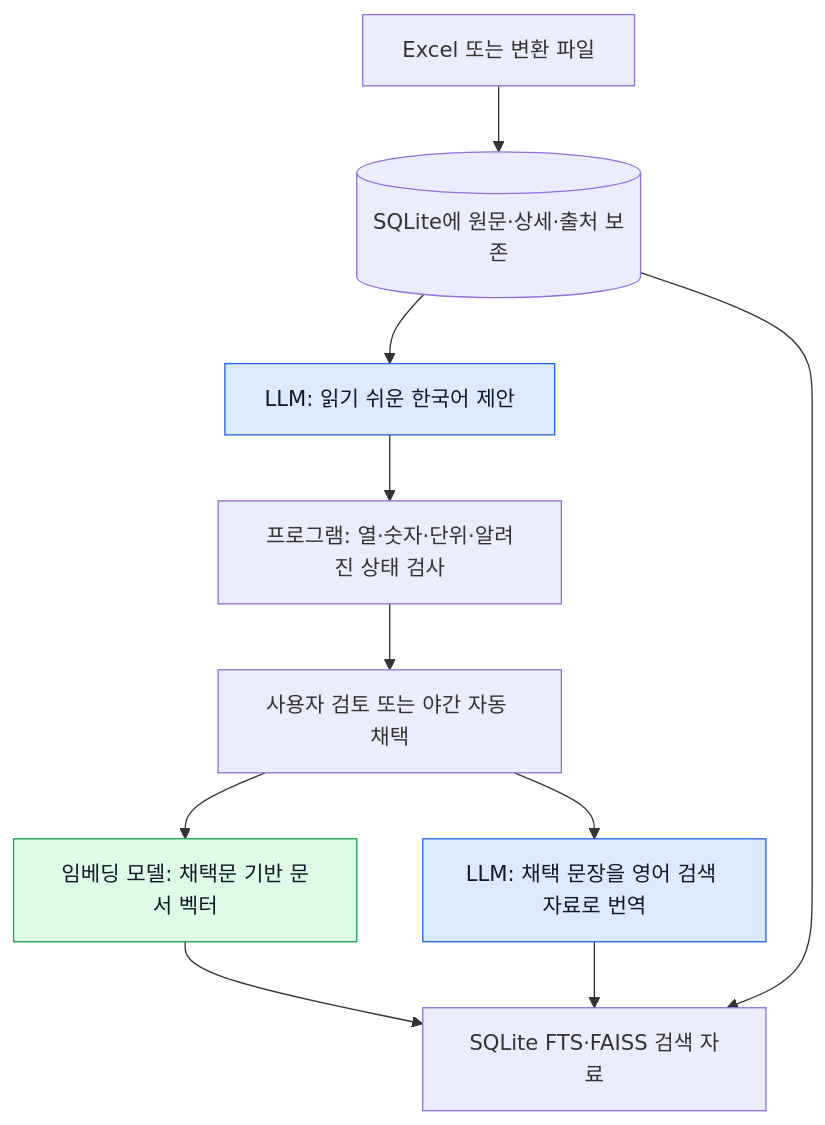
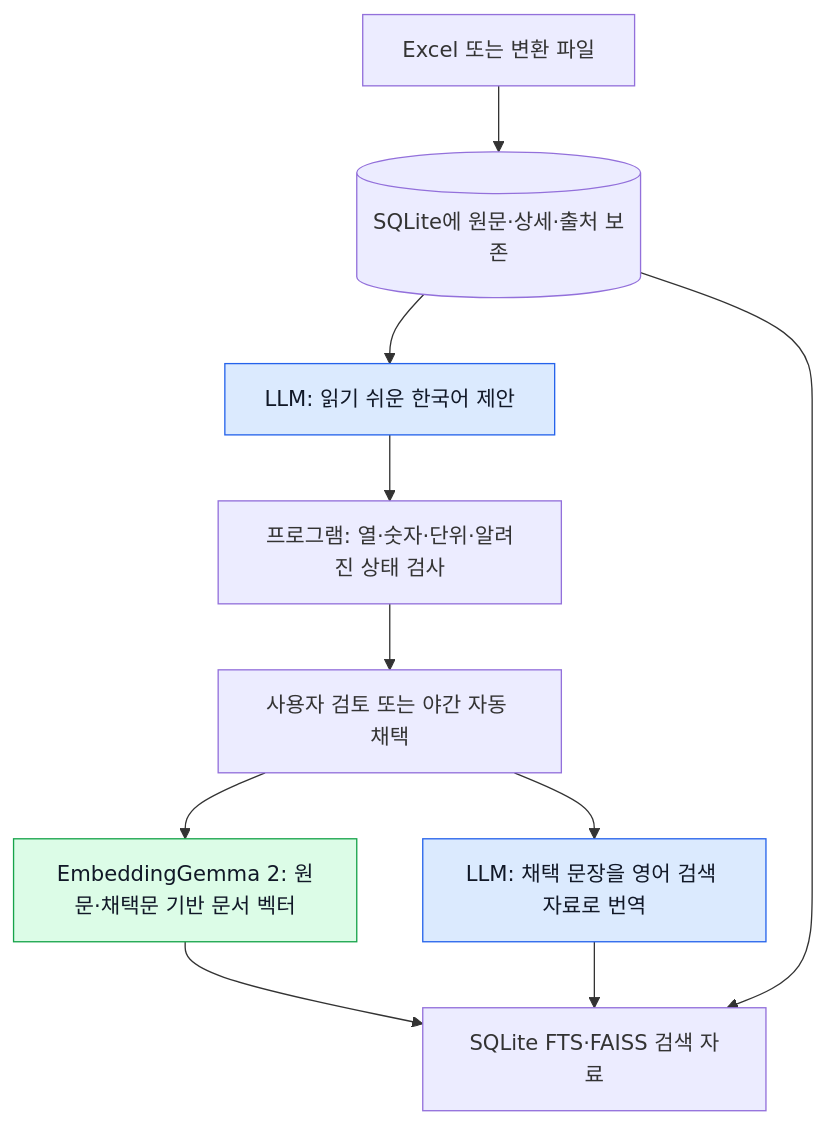
One commit to pmh10401/cs-excel-rag changed the fourth of 26 diagrams in docs/전체-프로그램-플로우.md. Above: the diagram before and after it, drawn with Mermaid. The commit also changed other lines of this file and 8 other files, not shown here.

Commit message:
Switch embedding defaults to EmbeddingGemma 2

````diff
--- a/docs/전체-프로그램-플로우.md
+++ b/docs/전체-프로그램-플로우.md
@@ -52,16 +75,16 @@
 ```mermaid
 flowchart TD
     FILE[Excel 또는 변환 파일] --> DB[(SQLite에 원문·상세·출처 보존)]
     DB --> REFINE[LLM: 읽기 쉬운 한국어 제안]
     REFINE --> RULE[프로그램: 열·숫자·단위·알려진 상태 검사]
     RULE --> REVIEW[사용자 검토 또는 야간 자동 채택]
-    REVIEW --> VECTOR[임베딩 모델: 채택문 기반 문서 벡터]
+    REVIEW --> VECTOR[EmbeddingGemma 2: 원문·채택문 기반 문서 벡터]
     REVIEW --> EN[LLM: 채택 문장을 영어 검색 자료로 번역]
     VECTOR --> INDEX[SQLite FTS·FAISS 검색 자료]
     EN --> INDEX
     DB --> INDEX
     classDef llm fill:#dbeafe,stroke:#2563eb,color:#111827
     classDef embedding fill:#dcfce7,stroke:#16a34a,color:#111827
     class REFINE,EN llm
     class VECTOR embedding
 ```
````
